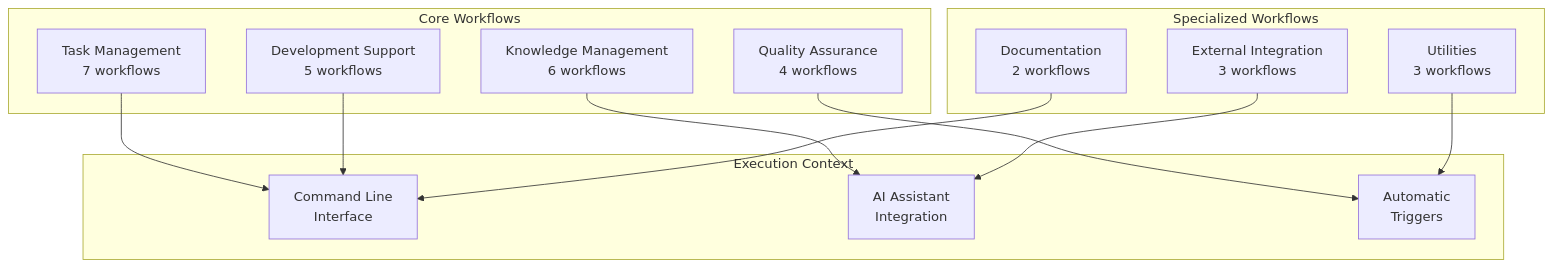
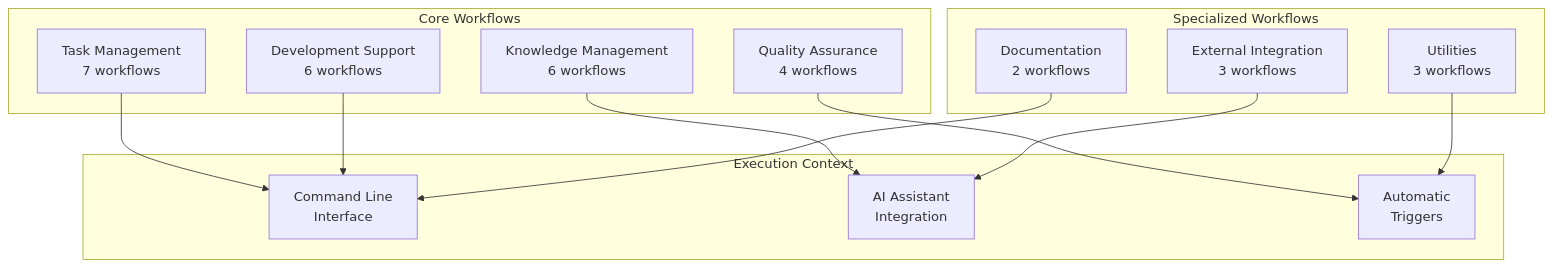
Before and after one commit to jcjorel/jesse-ai-best-practices: the first of 3 diagrams in howtos/WORKFLOW_REFERENCE.md, drawn with Mermaid. The commit also changed other lines of this file and 3 other files, not shown here.

````diff
--- a/howtos/WORKFLOW_REFERENCE.md
+++ b/howtos/WORKFLOW_REFERENCE.md
@@ -9,29 +9,29 @@
 ```mermaid
 graph TB
     subgraph "Core Workflows"
         TM[Task Management<br/>7 workflows]
         KM[Knowledge Management<br/>6 workflows]
         QA[Quality Assurance<br/>4 workflows]
-        DEV[Development Support<br/>5 workflows]
+        DEV[Development Support<br/>6 workflows]
     end
     
     subgraph "Specialized Workflows"
         EXT[External Integration<br/>3 workflows]
         DOC[Documentation<br/>2 workflows]
         UTIL[Utilities<br/>3 workflows]
     end
     
     subgraph "Execution Context"
         CLI[Command Line<br/>Interface]
         AI[AI Assistant<br/>Integration]
         AUTO[Automatic<br/>Triggers]
     end
     
     TM --> CLI
     KM --> AI
     QA --> AUTO
     DEV --> CLI
     EXT --> AI
     DOC --> CLI
     UTIL --> AUTO
 ```
````
